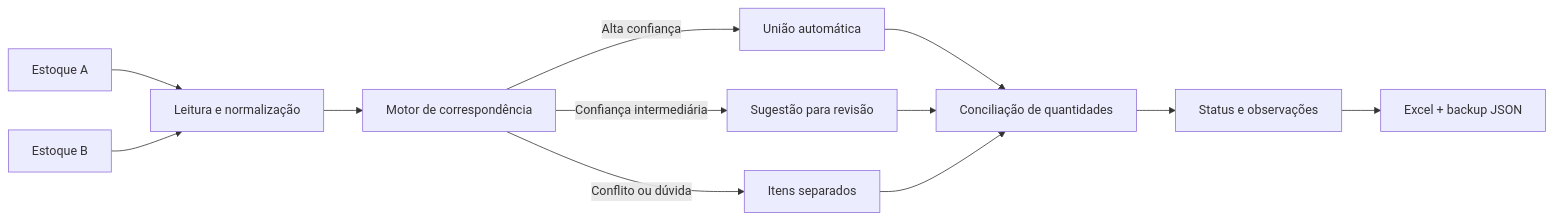
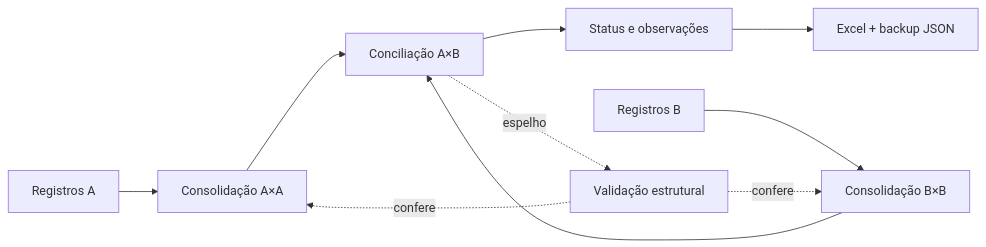
One commit to Paulo968/conciliador-estoque changed the diagram in README.md. Above: the diagram before and after it, drawn with Mermaid. The commit also changed other lines of this file, not shown here.

````diff
--- a/README.md
+++ b/README.md
@@ -98,14 +153,12 @@
 ```mermaid
 flowchart LR
-    A[Estoque A] --> N[Leitura e normalização]
-    B[Estoque B] --> N
-    N --> M[Motor de correspondência]
-    M -->|Alta confiança| U[União automática]
-    M -->|Confiança intermediária| S[Sugestão para revisão]
-    M -->|Conflito ou dúvida| P[Itens separados]
-    U --> C[Conciliação de quantidades]
-    S --> C
-    P --> C
-    C --> T[Status e observações]
+    RA[Registros A] --> AA[Consolidação A×A]
+    RB[Registros B] --> BB[Consolidação B×B]
+    AA --> AB[Conciliação A×B]
+    BB --> AB
+    AB --> T[Status e observações]
     T --> E[Excel + backup JSON]
+    AB -. espelho .-> V[Validação estrutural]
+    V -. confere .-> AA
+    V -. confere .-> BB
 ```
````
